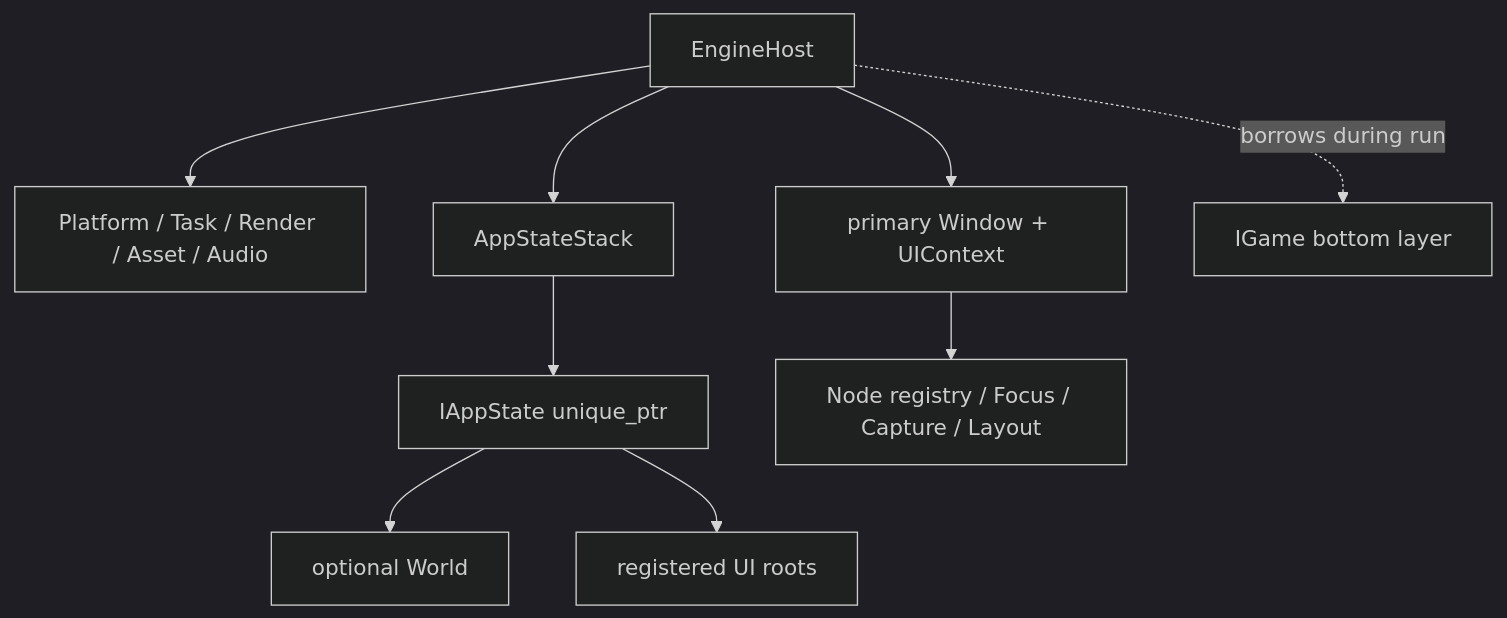
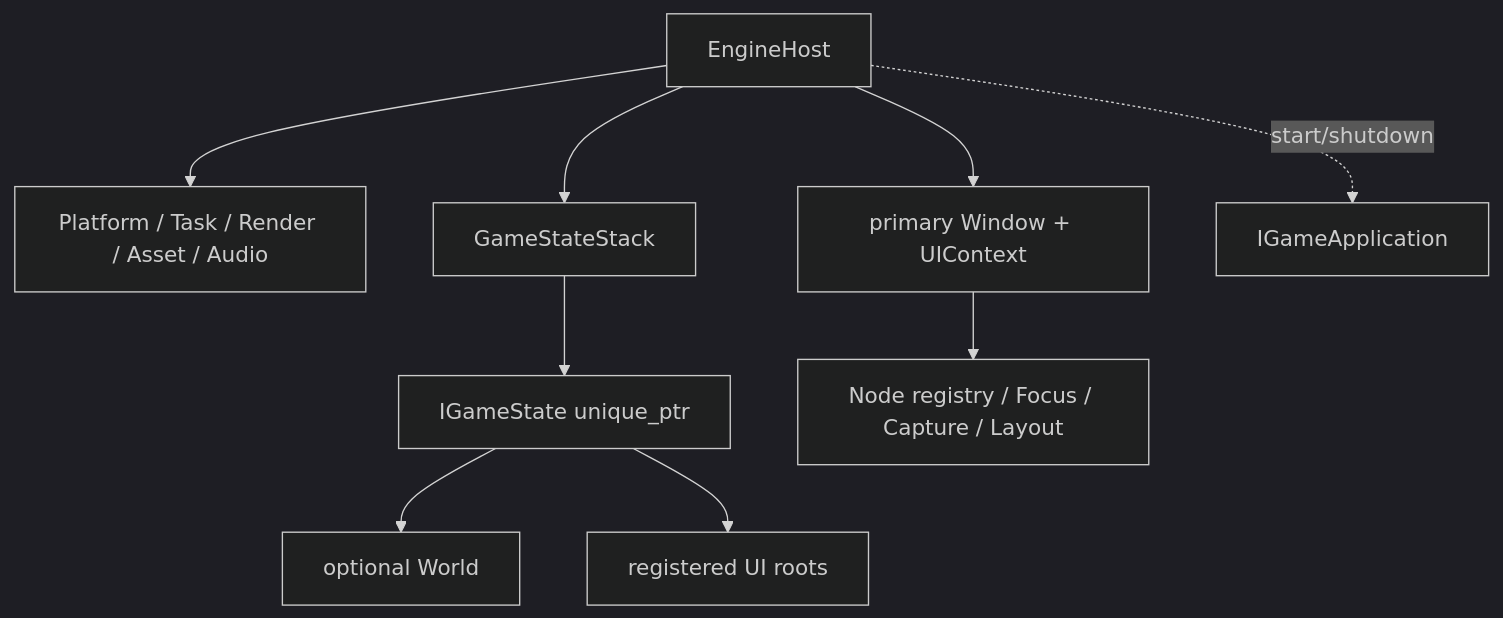
Before and after one commit to wuxianggujun/Tina: the second of 2 diagrams in docs/vnext-architecture.md, drawn with Mermaid (dark theme). The commit also changed other lines of this file and 35 other files, not shown here.

Commit message:
docs(architecture): clarify game state UI and render boundaries

````diff
--- a/docs/vnext-architecture.md
+++ b/docs/vnext-architecture.md
@@ -213,11 +227,11 @@
 ```mermaid
 flowchart TD
     Host["EngineHost"] --> Modules["Platform / Task / Render / Asset / Audio"]
     Host --> WindowUI["primary Window + UIContext"]
-    Host --> Stack["AppStateStack"]
-    Host -. borrows during run .-> Game["IGame bottom layer"]
-    Stack --> State["IAppState unique_ptr"]
+    Host --> Stack["GameStateStack"]
+    Host -. start/shutdown .-> Game["IGameApplication"]
+    Stack --> State["IGameState unique_ptr"]
     State --> World["optional World"]
     State --> Roots["registered UI roots"]
     WindowUI --> Registry["Node registry / Focus / Capture / Layout"]
 ```
````
